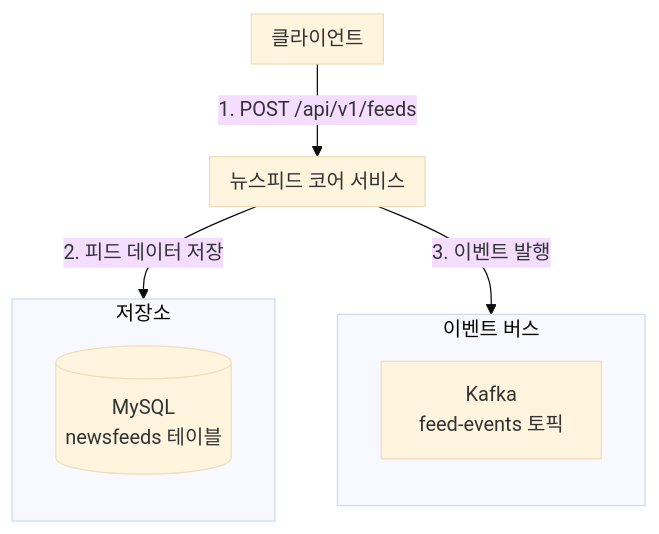
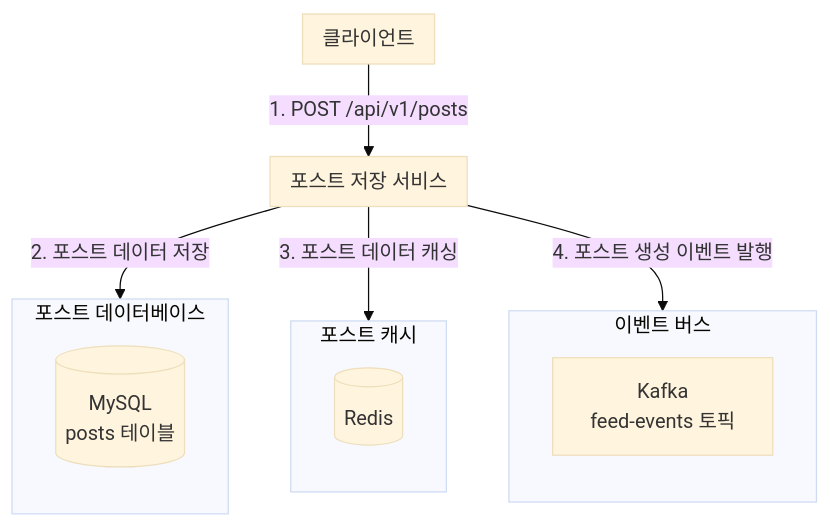
One commit to peppermint100/system-design-interview-projects changed the diagram in posting-service/diagram.mmd. Above: the diagram before and after it, drawn with Mermaid (base theme). The commit also changed 4 other files, not shown here.

```diff
--- a/posting-service/diagram.mmd
+++ b/posting-service/diagram.mmd
@@ -1,22 +1,28 @@
 flowchart TB
     subgraph Client[클라이언트]
         direction TB
     end
 
-    subgraph Feed_Service[뉴스피드 코어 서비스]
+    subgraph Post_Service[포스트 저장 서비스]
         direction TB
+    end
+
+    subgraph Post_Cache[포스트 캐시]
+        direction TB
+        Redis[(Redis)]
     end
 
     subgraph Event_Bus[이벤트 버스]
         direction TB
         Kafka[Kafka\nfeed-events 토픽]
     end
 
-    subgraph Storage[저장소]
+    subgraph Post_Storage[포스트 데이터베이스]
         direction TB
-        MySQL[(MySQL\nnewsfeeds 테이블)]
+        MySQL[(MySQL\nposts 테이블)]
     end
 
-    Client -->|1. POST /api/v1/feeds| Feed_Service
-    Feed_Service -->|2. 피드 데이터 저장| Storage
-    Feed_Service -->|3. 이벤트 발행| Kafka
+    Client -->|1. POST /api/v1/posts| Post_Service
+    Post_Service -->|2. 포스트 데이터 저장| Post_Storage
+    Post_Service -->|3. 포스트 데이터 캐싱| Post_Cache
+    Post_Service -->|4. 포스트 생성 이벤트 발행| Kafka
```
